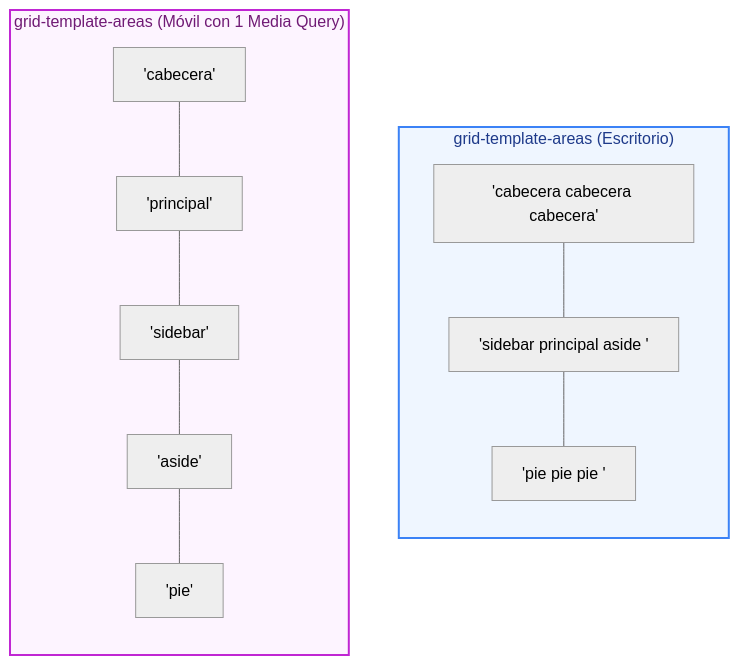
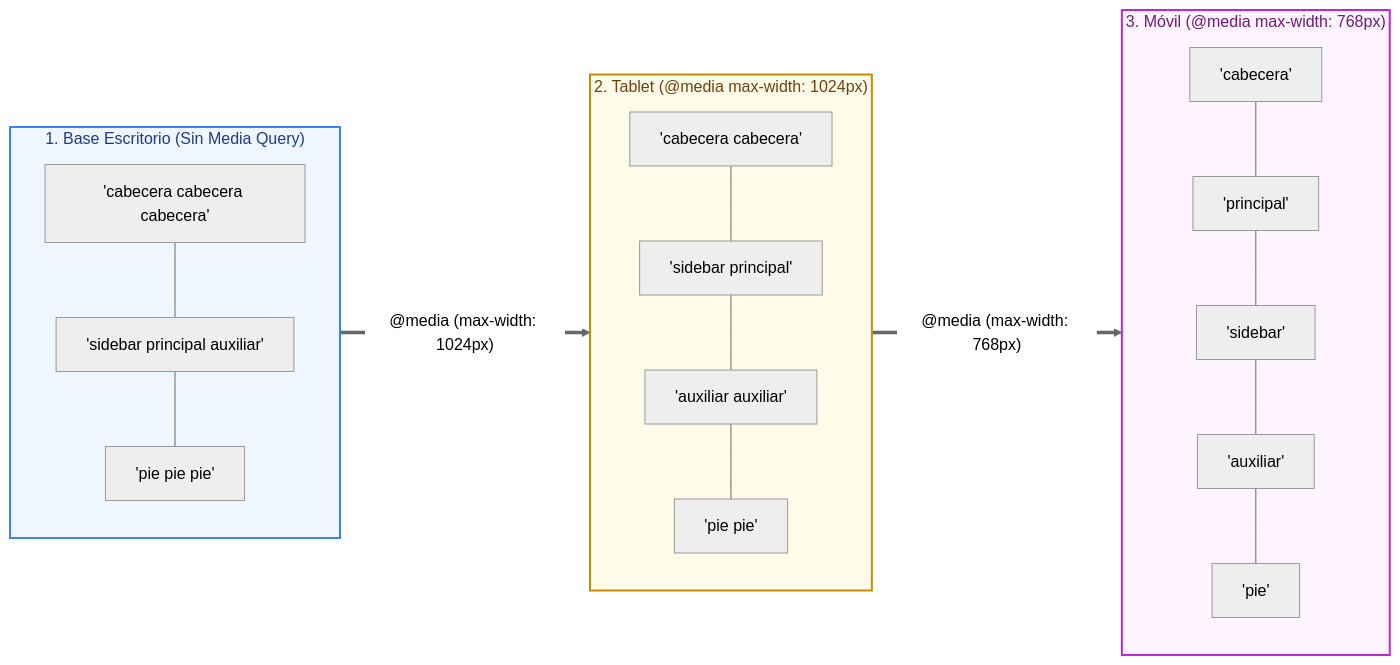
The third of 7 diagrams in docs/css/Código ejemplo/06-grid.md (Jose-Quesada/html-css), drawn with Mermaid (neutral theme) before and after one commit. The commit also changed other lines of this file and 48 other files, not shown here.

````diff
--- a/docs/css/Código ejemplo/06-grid.md
+++ b/docs/css/Código ejemplo/06-grid.md
@@ -580,23 +583,36 @@
 ```mermaid
-graph TD
-    subgraph MAPA_ESCRITORIO ["grid-template-areas (Escritorio)"]
+flowchart LR
+    subgraph ESCRITORIO ["1. Base Escritorio (Sin Media Query)"]
         direction TB
-        A1["'cabecera cabecera cabecera'"]
-        A2["'sidebar  principal aside   '"]
-        A3["'pie      pie       pie     '"]
-        A1 --- A2 --- A3
+        E1["'cabecera cabecera cabecera'"]
+        E2["'sidebar  principal auxiliar'"]
+        E3["'pie      pie       pie'"]
+        E1 --- E2 --- E3
     end
 
-    subgraph MAPA_MOVIL ["grid-template-areas (Móvil con 1 Media Query)"]
+    subgraph TABLET ["2. Tablet (@media max-width: 1024px)"]
+        direction TB
+        T1["'cabecera  cabecera'"]
+        T2["'sidebar   principal'"]
+        T3["'auxiliar  auxiliar'"]
+        T4["'pie       pie'"]
+        T1 --- T2 --- T3 --- T4
+    end
+
+    subgraph MOVIL ["3. Móvil (@media max-width: 768px)"]
         direction TB
         M1["'cabecera'"]
         M2["'principal'"]
         M3["'sidebar'"]
-        M4["'aside'"]
+        M4["'auxiliar'"]
         M5["'pie'"]
         M1 --- M2 --- M3 --- M4 --- M5
     end
 
-    style MAPA_ESCRITORIO fill:#eff6ff,stroke:#3b82f6,stroke-width:2px,color:#1e3a8a
-    style MAPA_MOVIL fill:#fdf4ff,stroke:#c026d3,stroke-width:2px,color:#701a75
+    ESCRITORIO ==>|"@media (max-width: 1024px)"| TABLET
+    TABLET ==>|"@media (max-width: 768px)"| MOVIL
+
+    style ESCRITORIO fill:#eff6ff,stroke:#3b82f6,stroke-width:2px,color:#1e3a8a
+    style TABLET fill:#fefce8,stroke:#ca8a04,stroke-width:2px,color:#713f12
+    style MOVIL fill:#fdf4ff,stroke:#c026d3,stroke-width:2px,color:#701a75
 ```
````
